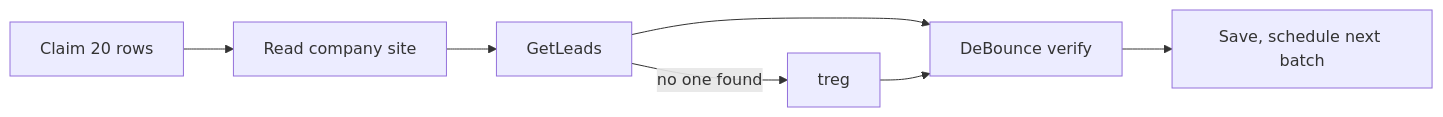
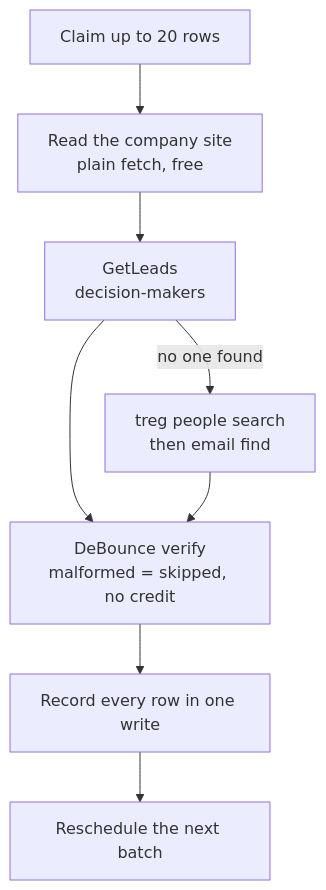
Before and after one commit to Trav54219/gtm-engineering-portfolio: the third of 6 diagrams in docs/case-studies/portal-walkthrough.md, drawn with Mermaid. The commit also changed other lines of this file, not shown here.

Commit message:
Walkthrough page: keep logos and diagrams, trimmed, tied to revenue (#3)

````diff
--- a/docs/case-studies/portal-walkthrough.md
+++ b/docs/case-studies/portal-walkthrough.md
@@ -63,9 +116,10 @@
 ```mermaid
-flowchart LR
-  Q[Claim 20 rows] --> S[Read company site]
-  S --> G[GetLeads]
-  G -->|no one found| T[treg]
-  G --> V[DeBounce verify]
-  T --> V
-  V --> R[Save, schedule next batch]
+flowchart TD
+  Q[Claim up to 20 rows] --> S[Read the company site<br/>plain fetch, free]
+  S --> G[GetLeads<br/>decision-makers]
+  G -->|no one found| T[treg people search<br/>then email find]
+  G --> V
+  T --> V[DeBounce verify<br/>malformed = skipped, no credit]
+  V --> R[Record every row in one write]
+  R --> N[Reschedule the next batch]
 ```
````
